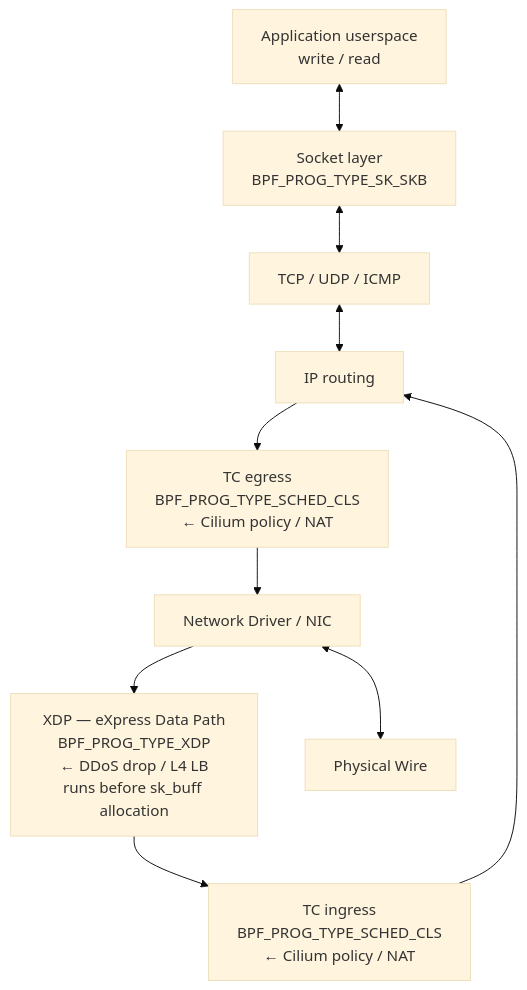
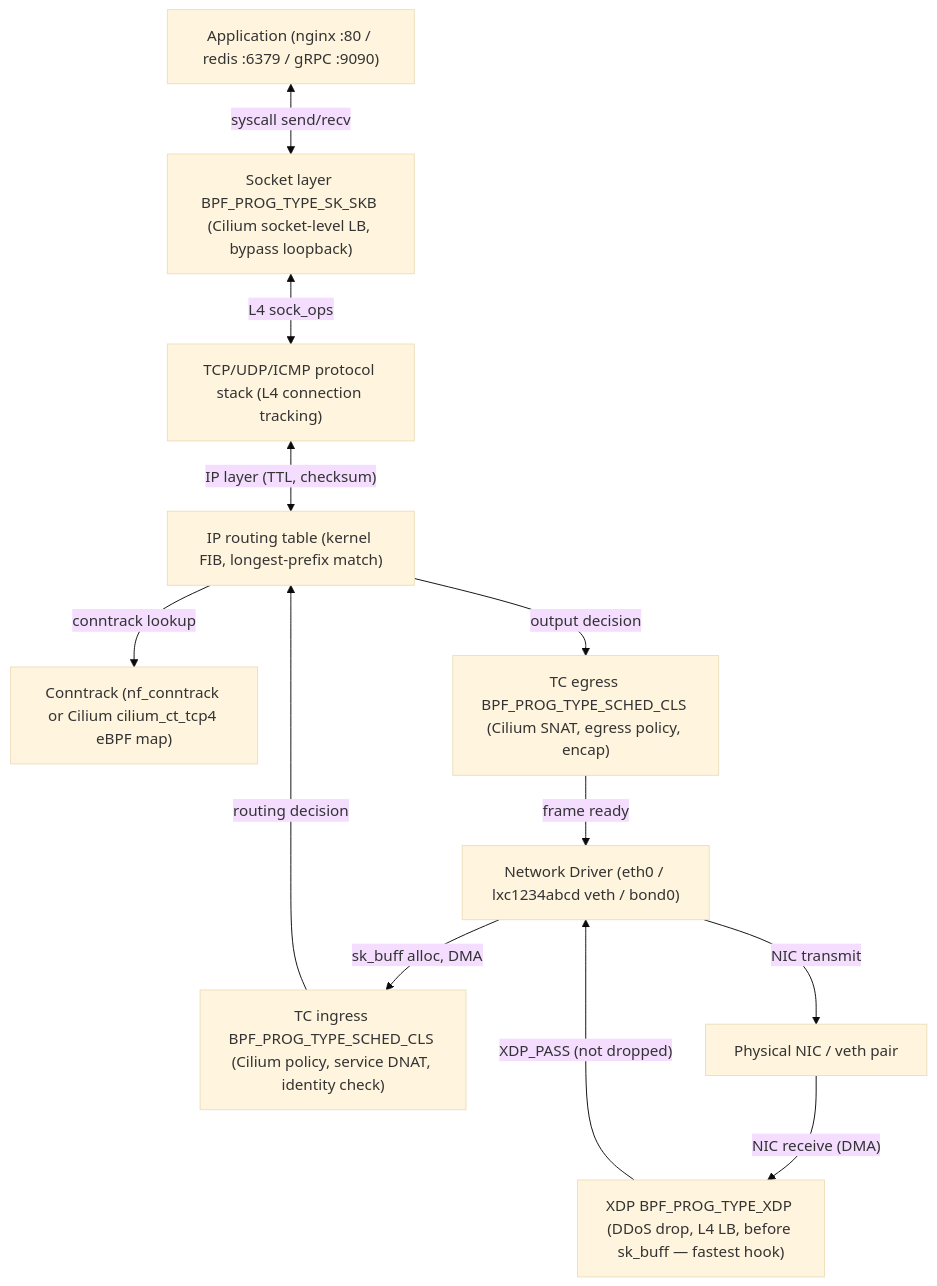
One commit to MykolaLebid/Kubernetes_networking_engineering changed the second of 3 diagrams in lessons/10-ebpf-xdp.md. Above: the diagram before and after it, drawn with Mermaid (base theme). The commit also changed other lines of this file and 35 other files, not shown here.

First line of the commit message:
Restructure all 34 lessons: Theory/Practice split, richer diagrams, industry examples, navigation

````diff
--- a/lessons/10-ebpf-xdp.md
+++ b/lessons/10-ebpf-xdp.md
@@ -63,17 +56,25 @@
 ```mermaid
 flowchart TD
-    APP[Application userspace<br/>write / read]
-    SOCK[Socket layer<br/>BPF_PROG_TYPE_SK_SKB]
-    PROTO[TCP / UDP / ICMP]
-    ROUTE[IP routing]
-    TC_IN[TC ingress<br/>BPF_PROG_TYPE_SCHED_CLS<br/>← Cilium policy / NAT]
-    TC_EG[TC egress<br/>BPF_PROG_TYPE_SCHED_CLS<br/>← Cilium policy / NAT]
-    XDP_H[XDP — eXpress Data Path<br/>BPF_PROG_TYPE_XDP<br/>← DDoS drop / L4 LB<br/>runs before sk_buff allocation]
-    DRV[Network Driver / NIC]
-    WIRE[Physical Wire]
+    APP["Application (nginx :80 / redis :6379 / gRPC :9090)"]
+    SOCK["Socket layer BPF_PROG_TYPE_SK_SKB (Cilium socket-level LB, bypass loopback)"]
+    PROTO["TCP/UDP/ICMP protocol stack (L4 connection tracking)"]
+    ROUTE["IP routing table (kernel FIB, longest-prefix match)"]
+    CONNTRACK["Conntrack (nf_conntrack or Cilium cilium_ct_tcp4 eBPF map)"]
+    TC_IN["TC ingress BPF_PROG_TYPE_SCHED_CLS (Cilium policy, service DNAT, identity check)"]
+    TC_EG["TC egress BPF_PROG_TYPE_SCHED_CLS (Cilium SNAT, egress policy, encap)"]
+    XDP_H["XDP BPF_PROG_TYPE_XDP (DDoS drop, L4 LB, before sk_buff — fastest hook)"]
+    DRV["Network Driver (eth0 / lxc1234abcd veth / bond0)"]
+    WIRE["Physical NIC / veth pair"]
 
-    APP <--> SOCK <--> PROTO <--> ROUTE
-    ROUTE --> TC_EG --> DRV
-    DRV --> XDP_H --> TC_IN --> ROUTE
-    DRV <--> WIRE
+    APP <--"syscall send/recv"--> SOCK
+    SOCK <--"L4 sock_ops"--> PROTO
+    PROTO <--"IP layer (TTL, checksum)"--> ROUTE
+    ROUTE --"output decision"--> TC_EG
+    ROUTE --"conntrack lookup"--> CONNTRACK
+    TC_EG --"frame ready"--> DRV
+    DRV --"NIC transmit"--> WIRE
+    WIRE --"NIC receive (DMA)"--> XDP_H
+    XDP_H --"XDP_PASS (not dropped)"--> DRV
+    DRV --"sk_buff alloc, DMA"--> TC_IN
+    TC_IN --"routing decision"--> ROUTE
 ```
````
